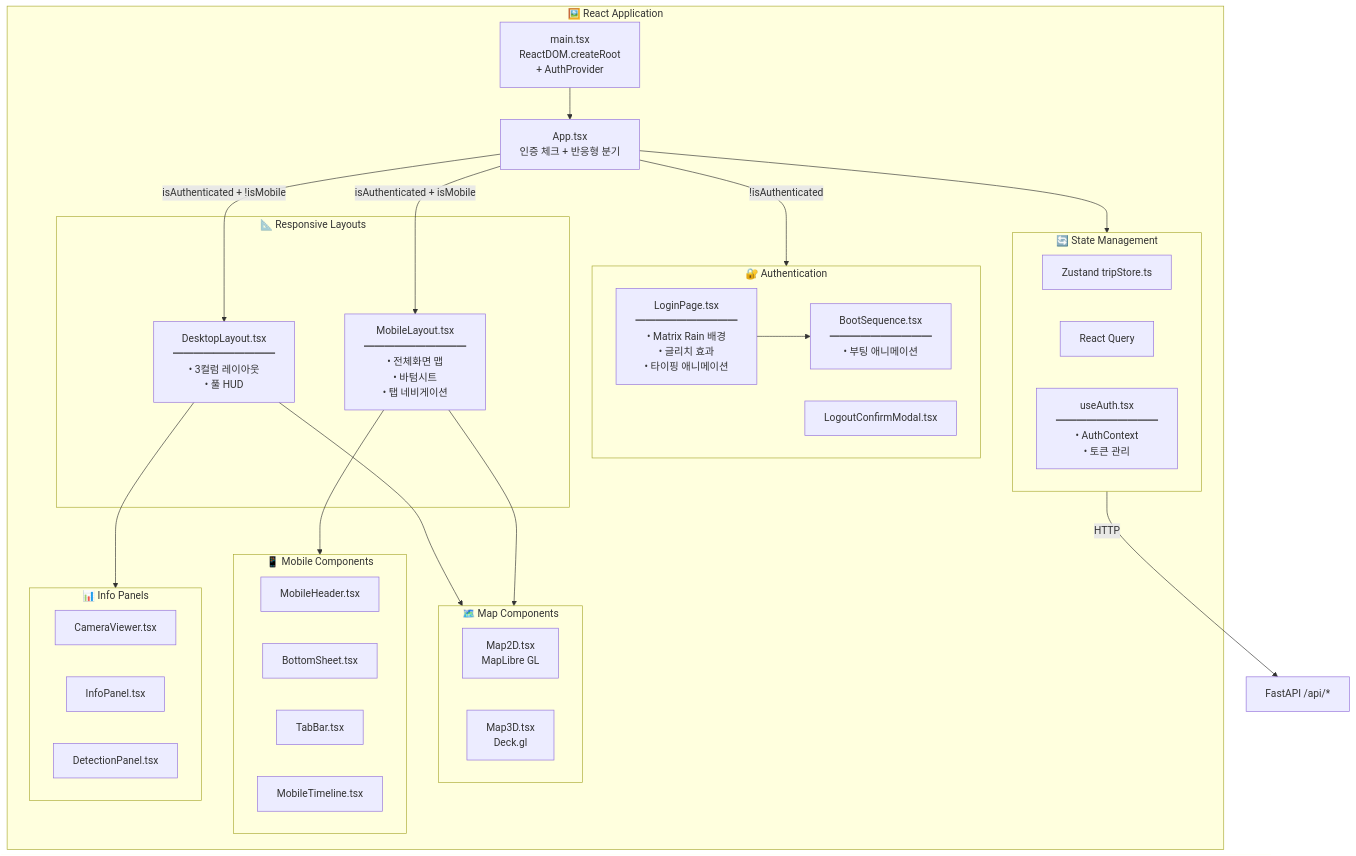
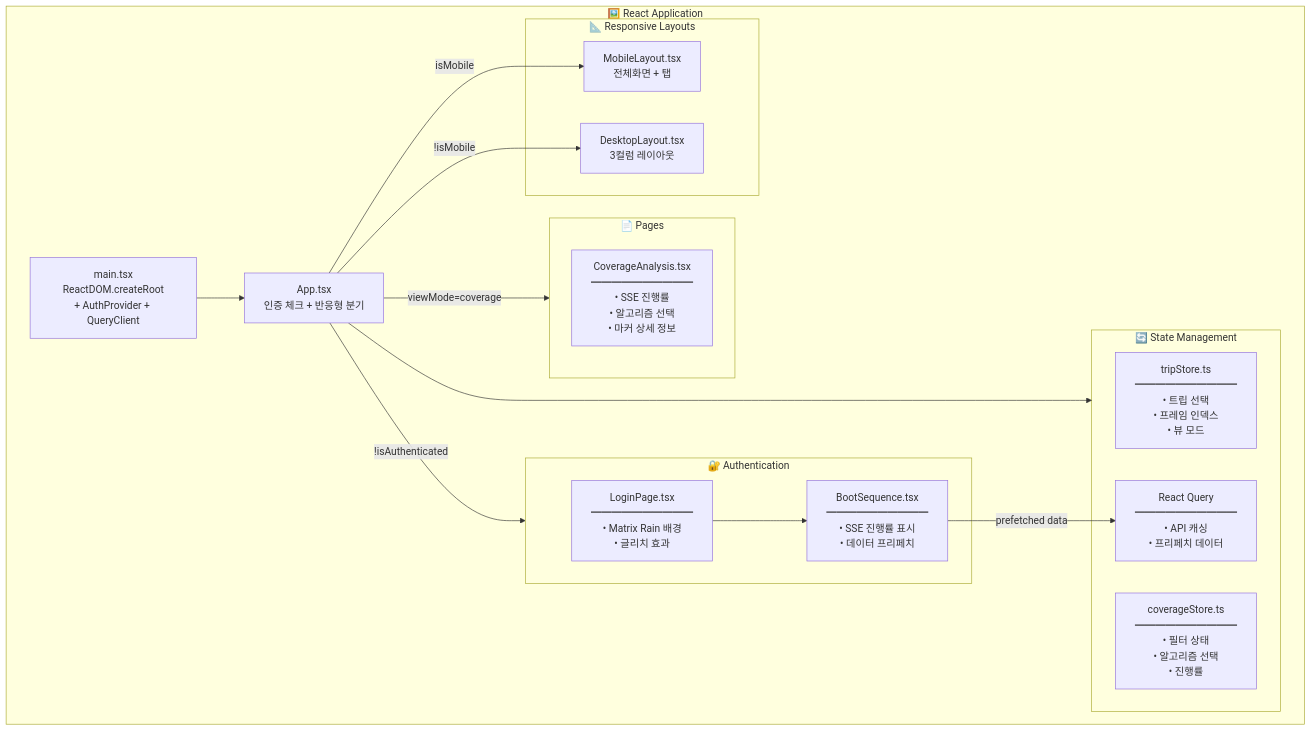
Before and after one commit to dareesoft/nyc-vehicle-tracker: the eighth of 9 diagrams in README.md, drawn with Mermaid. The commit also changed other lines of this file and 8 other files, not shown here.

First line of the commit message:
feat: SSE 기반 실시간 진행률 시스템 구현

````diff
--- a/README.md
+++ b/README.md
@@ -268,53 +367,35 @@
 ```mermaid
 flowchart TB
     subgraph ReactApp["🖼️ React Application"]
-        MAIN["main.tsx<br/>ReactDOM.createRoot<br/>+ AuthProvider"]
+        MAIN["main.tsx<br/>ReactDOM.createRoot<br/>+ AuthProvider + QueryClient"]
         MAIN --> APP["App.tsx<br/>인증 체크 + 반응형 분기"]
 
         subgraph Auth["🔐 Authentication"]
-            LOGIN["LoginPage.tsx<br/>━━━━━━━━━━<br/>• Matrix Rain 배경<br/>• 글리치 효과<br/>• 타이핑 애니메이션"]
-            BOOT["BootSequence.tsx<br/>━━━━━━━━━━<br/>• 부팅 애니메이션"]
-            LOGOUT["LogoutConfirmModal.tsx"]
+            LOGIN["LoginPage.tsx<br/>━━━━━━━━━━<br/>• Matrix Rain 배경<br/>• 글리치 효과"]
+            BOOT["BootSequence.tsx<br/>━━━━━━━━━━<br/>• SSE 진행률 표시<br/>• 데이터 프리페치"]
+        end
+
+        subgraph Pages["📄 Pages"]
+            COVERAGE["CoverageAnalysis.tsx<br/>━━━━━━━━━━<br/>• SSE 진행률<br/>• 알고리즘 선택<br/>• 마커 상세 정보"]
         end
 
         subgraph Layouts["📐 Responsive Layouts"]
-            DESKTOP["DesktopLayout.tsx<br/>━━━━━━━━━━<br/>• 3컬럼 레이아웃<br/>• 풀 HUD"]
-            MOBILE["MobileLayout.tsx<br/>━━━━━━━━━━<br/>• 전체화면 맵<br/>• 바텀시트<br/>• 탭 네비게이션"]
-        end
-
-        subgraph MapComponents["🗺️ Map Components"]
-            MAP2D["Map2D.tsx<br/>MapLibre GL"]
-            MAP3D["Map3D.tsx<br/>Deck.gl"]
-        end
-
-        subgraph MobileComponents["📱 Mobile Components"]
-            MH["MobileHeader.tsx"]
-            BS["BottomSheet.tsx"]
-            TB["TabBar.tsx"]
-            MT["MobileTimeline.tsx"]
-        end
-
-        subgraph Panels["📊 Info Panels"]
-            CAM["CameraViewer.tsx"]
-            INFO["InfoPanel.tsx"]
-            DET["DetectionPanel.tsx"]
+            DESKTOP["DesktopLayout.tsx<br/>3컬럼 레이아웃"]
+            MOBILE["MobileLayout.tsx<br/>전체화면 + 탭"]
         end
 
         subgraph StateManagement["🔄 State Management"]
-            ZS["Zustand tripStore.ts"]
-            RQ["React Query"]
-            AUTH["useAuth.tsx<br/>━━━━━━━━━━<br/>• AuthContext<br/>• 토큰 관리"]
+            TRIP_STORE["tripStore.ts<br/>━━━━━━━━━━<br/>• 트립 선택<br/>• 프레임 인덱스<br/>• 뷰 모드"]
+            COV_STORE["coverageStore.ts<br/>━━━━━━━━━━<br/>• 필터 상태<br/>• 알고리즘 선택<br/>• 진행률"]
+            RQ["React Query<br/>━━━━━━━━━━<br/>• API 캐싱<br/>• 프리페치 데이터"]
         end
     end
 
     APP -->|"!isAuthenticated"| Auth
-    APP -->|"isAuthenticated + isMobile"| MOBILE
-    APP -->|"isAuthenticated + !isMobile"| DESKTOP
+    APP -->|"viewMode=coverage"| Pages
+    APP -->|"isMobile"| MOBILE
+    APP -->|"!isMobile"| DESKTOP
     LOGIN --> BOOT
-    DESKTOP --> MapComponents
-    MOBILE --> MapComponents
-    MOBILE --> MobileComponents
-    DESKTOP --> Panels
+    BOOT -->|"prefetched data"| RQ
     APP --> StateManagement
-    StateManagement -->|"HTTP"| API["FastAPI /api/*"]
 ```
````
